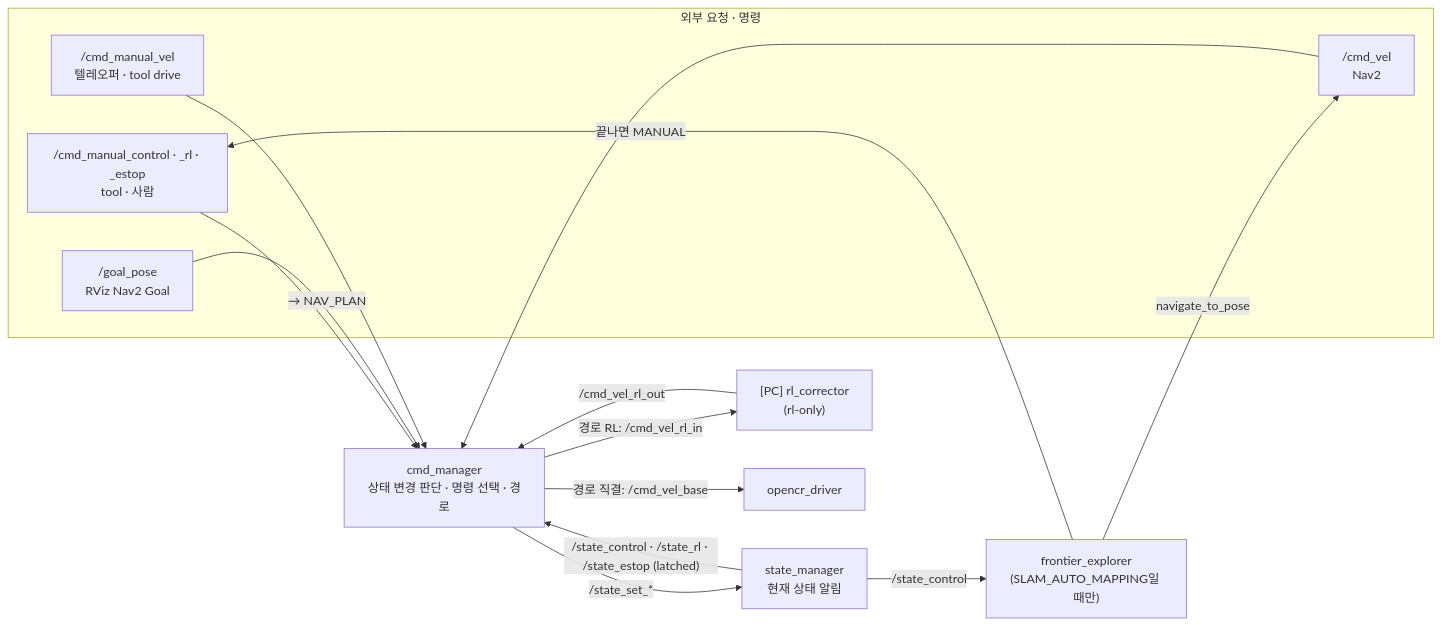
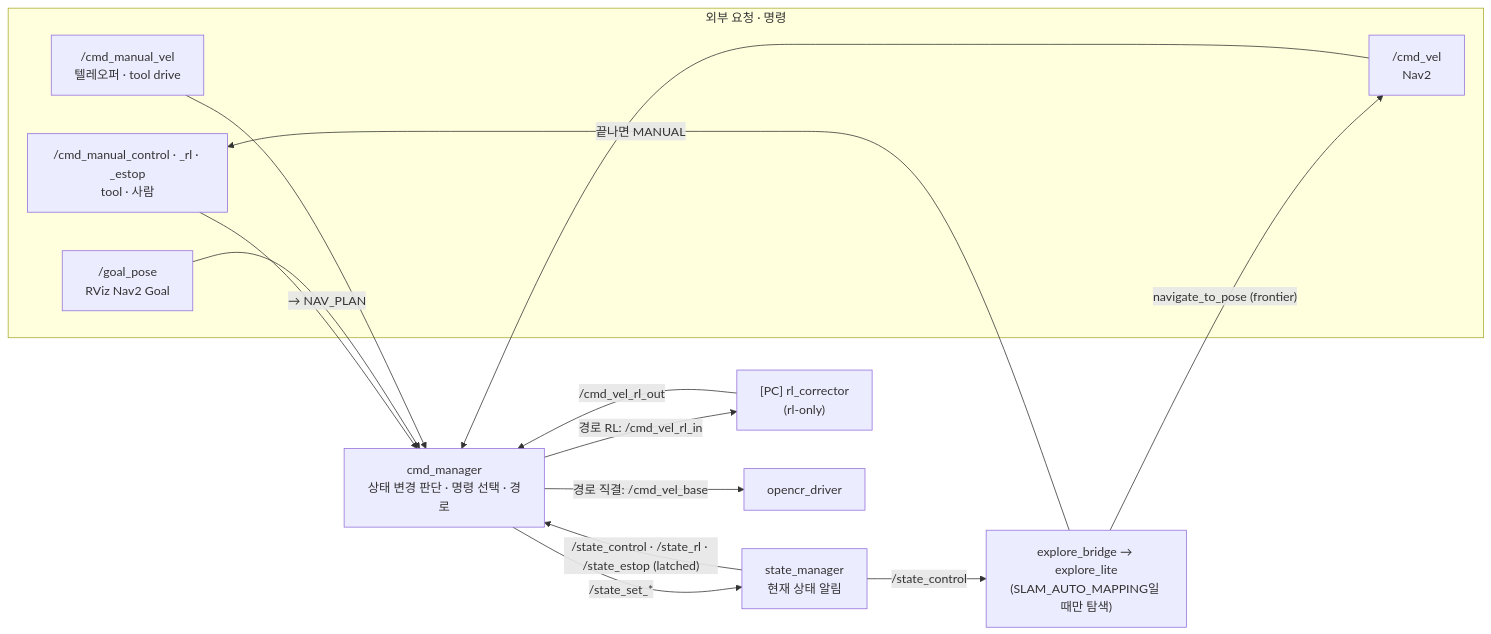
The second of 3 diagrams in ros2_ws/ARCH.md (visualkhh/ros2), drawn with Mermaid before and after one commit. The commit also changed other lines of this file and 19 other files, not shown here.

First line of the commit message:
automap: explore_lite (m-explore-ros2, BSD, deps.repos) replaces own frontier_explorer; explore_bridge ties it to control state

````diff
--- a/ros2_ws/ARCH.md
+++ b/ros2_ws/ARCH.md
@@ -64,26 +64,26 @@
 ```mermaid
 flowchart LR
   subgraph IN["외부 요청 · 명령"]
     REQ["/cmd_manual_control · _rl · _estop<br/>tool · 사람"]
     GOAL["/goal_pose<br/>RViz Nav2 Goal"]
     MAN["/cmd_manual_vel<br/>텔레오퍼 · tool drive"]
     NAV_PLAN["/cmd_vel<br/>Nav2"]
   end
-  FE["frontier_explorer<br/>(SLAM_AUTO_MAPPING일 때만)"]
+  FE["explore_bridge → explore_lite<br/>(SLAM_AUTO_MAPPING일 때만 탐색)"]
   CM["cmd_manager<br/>상태 변경 판단 · 명령 선택 · 경로"]
   SM["state_manager<br/>현재 상태 알림"]
   RL["[PC] rl_corrector<br/>(rl-only)"]
   DRV["opencr_driver"]
   REQ --> CM
   GOAL -->|"→ NAV_PLAN"| CM
   CM -->|"/state_set_*"| SM
   SM -->|"/state_control · /state_rl · /state_estop (latched)"| CM
   SM -->|"/state_control"| FE
-  FE -->|"navigate_to_pose"| NAV_PLAN
+  FE -->|"navigate_to_pose (frontier)"| NAV_PLAN
   FE -->|"끝나면 MANUAL"| REQ
   MAN --> CM
   NAV_PLAN --> CM
   CM -->|"경로 직결: /cmd_vel_base"| DRV
   CM -->|"경로 RL: /cmd_vel_rl_in"| RL
   RL -->|"/cmd_vel_rl_out"| CM
 ```
````
